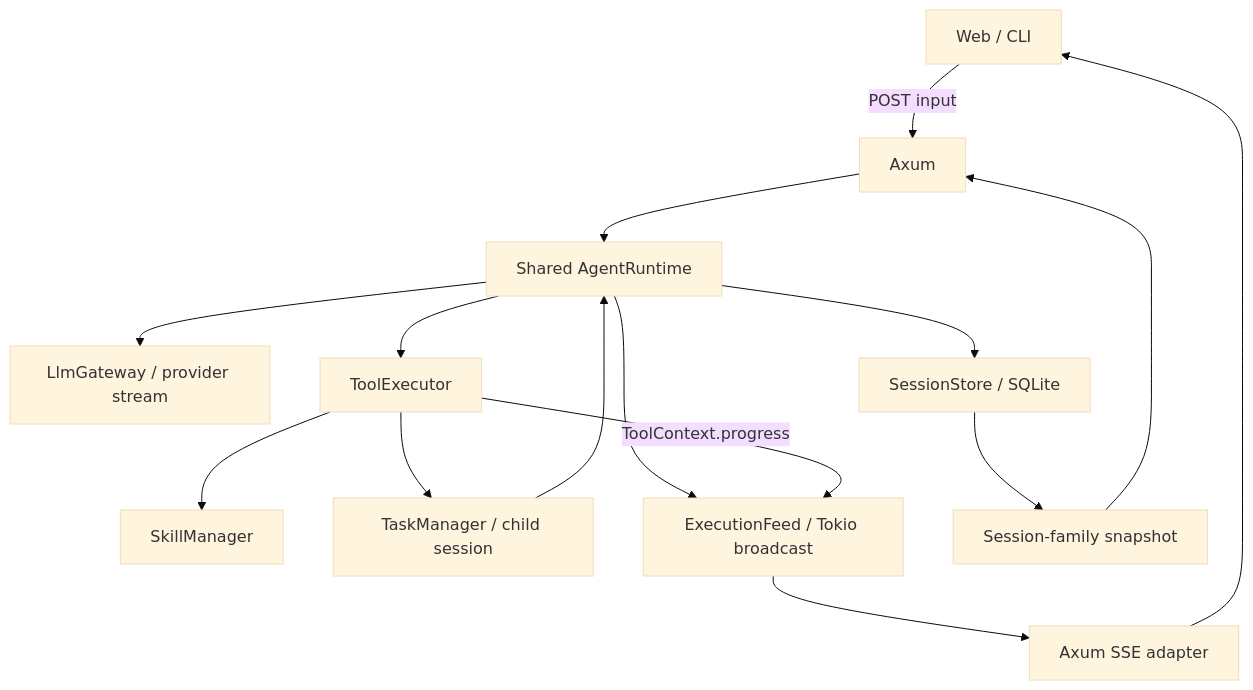
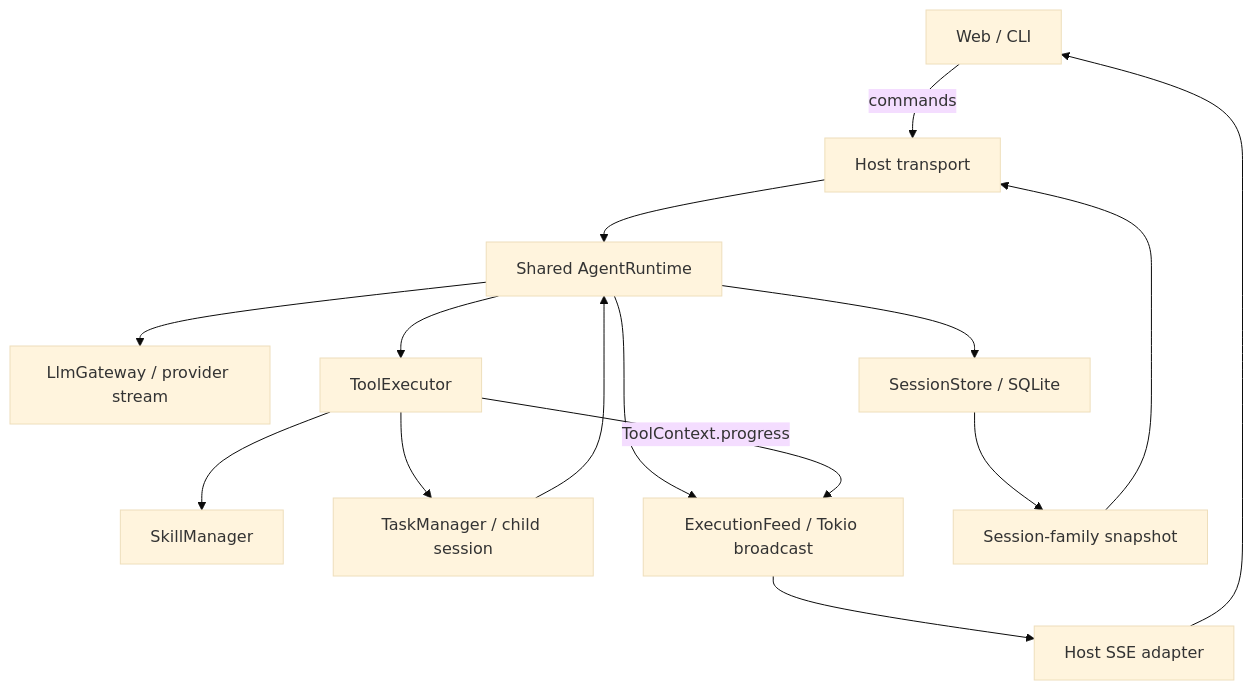
One commit to hailp-vn38/orchestrator_agent_rs changed the first of 3 diagrams in docs/16-streaming-events.md. Above: the diagram before and after it, drawn with Mermaid (base theme). The commit also changed other lines of this file and 23 other files, not shown here.

````diff
--- a/docs/16-streaming-events.md
+++ b/docs/16-streaming-events.md
@@ -14,17 +14,17 @@
 ```mermaid
 flowchart TD
-    Client[Web / CLI] -->|POST input| API[Axum]
+    Client[Web / CLI] -->|commands| API[Host transport]
     API --> RT[Shared AgentRuntime]
     RT --> LLM[LlmGateway / provider stream]
     RT --> TX[ToolExecutor]
     TX --> SK[SkillManager]
     TX --> SUB[TaskManager / child session]
     SUB --> RT
     RT --> DB[SessionStore / SQLite]
     RT --> Feed[ExecutionFeed / Tokio broadcast]
     TX -->|ToolContext.progress| Feed
-    Feed --> SSE[Axum SSE adapter]
+    Feed --> SSE[Host SSE adapter]
     DB --> Snap[Session-family snapshot]
     Snap --> API
     SSE --> Client
 ```
````
